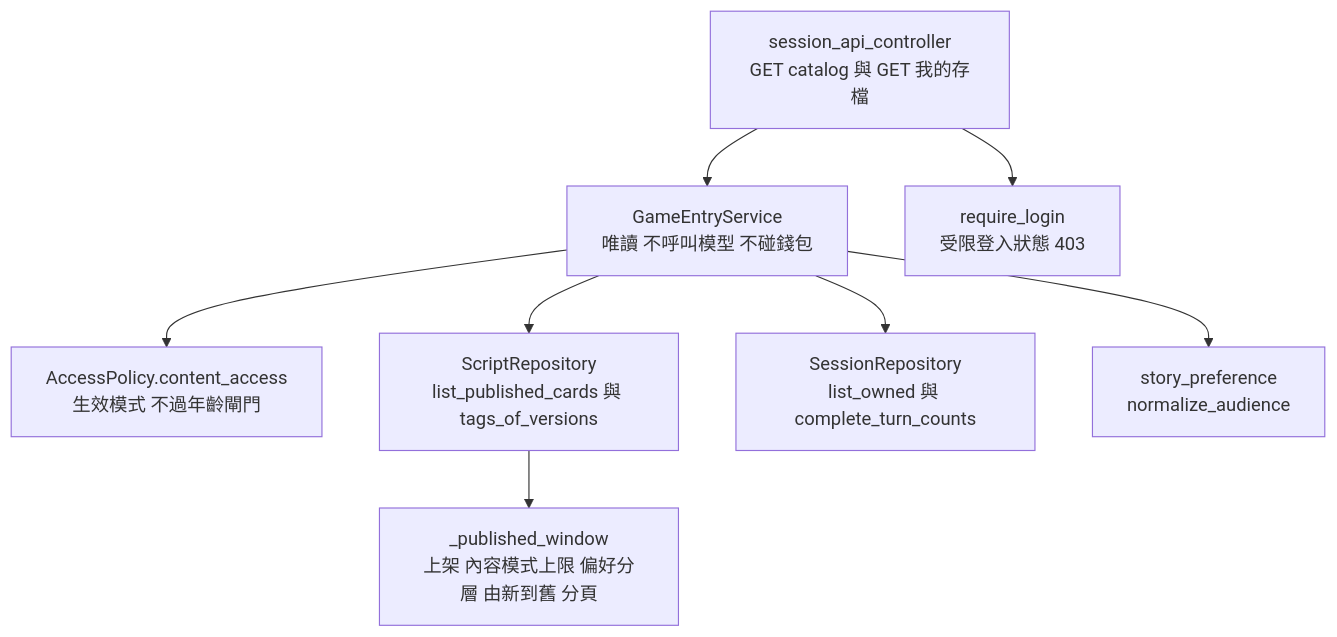
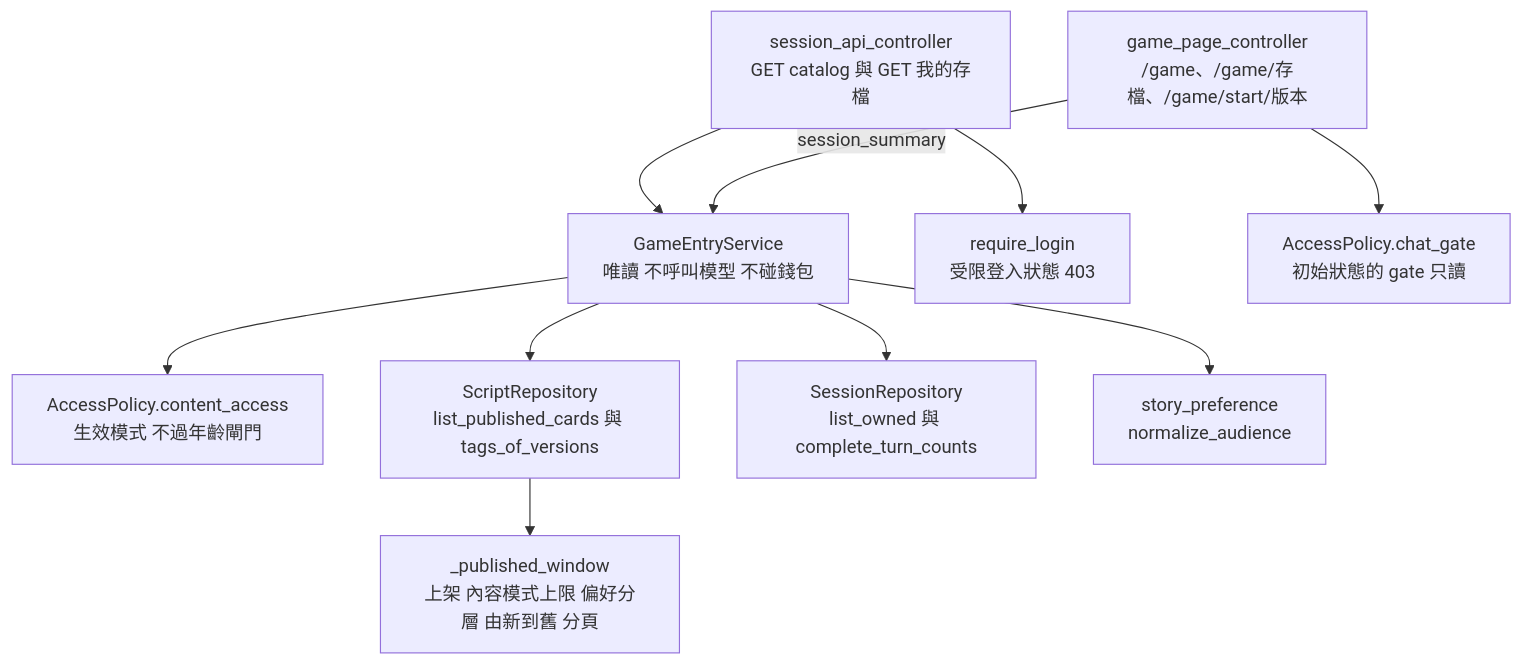
The fifth of 9 diagrams in docs/系統架構-architecture.md (pp466pp466/R.A.C), drawn with Mermaid before and after one commit. The commit also changed other lines of this file and 22 other files, not shown here.

````diff
--- a/docs/系統架構-architecture.md
+++ b/docs/系統架構-architecture.md
@@ -212,10 +212,12 @@
 ```mermaid
 flowchart TD
     Ctl["session_api_controller<br/>GET catalog 與 GET 我的存檔"] --> GSvc["GameEntryService<br/>唯讀 不呼叫模型 不碰錢包"]
     GSvc --> Pol["AccessPolicy.content_access<br/>生效模式 不過年齡閘門"]
     GSvc --> SR["ScriptRepository<br/>list_published_cards 與 tags_of_versions"]
     GSvc --> SessR["SessionRepository<br/>list_owned 與 complete_turn_counts"]
     GSvc --> Pref["story_preference<br/>normalize_audience"]
     SR --> Win["_published_window<br/>上架 內容模式上限 偏好分層 由新到舊 分頁"]
     Ctl --> Cur["require_login<br/>受限登入狀態 403"]
+    Page["game_page_controller<br/>/game、/game/存檔、/game/start/版本"] -->|"session_summary"| GSvc
+    Page --> Gate["AccessPolicy.chat_gate<br/>初始狀態的 gate 只讀"]
 ```
````
